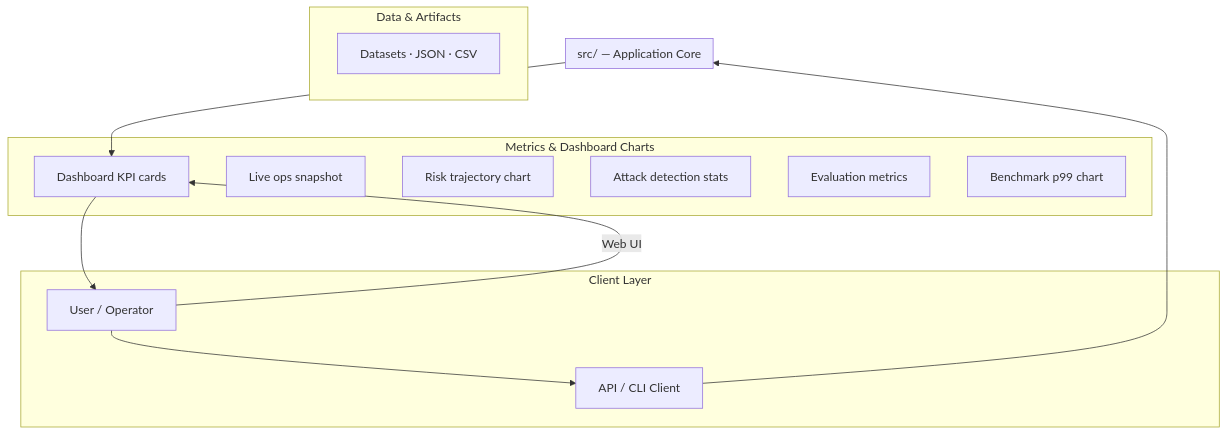
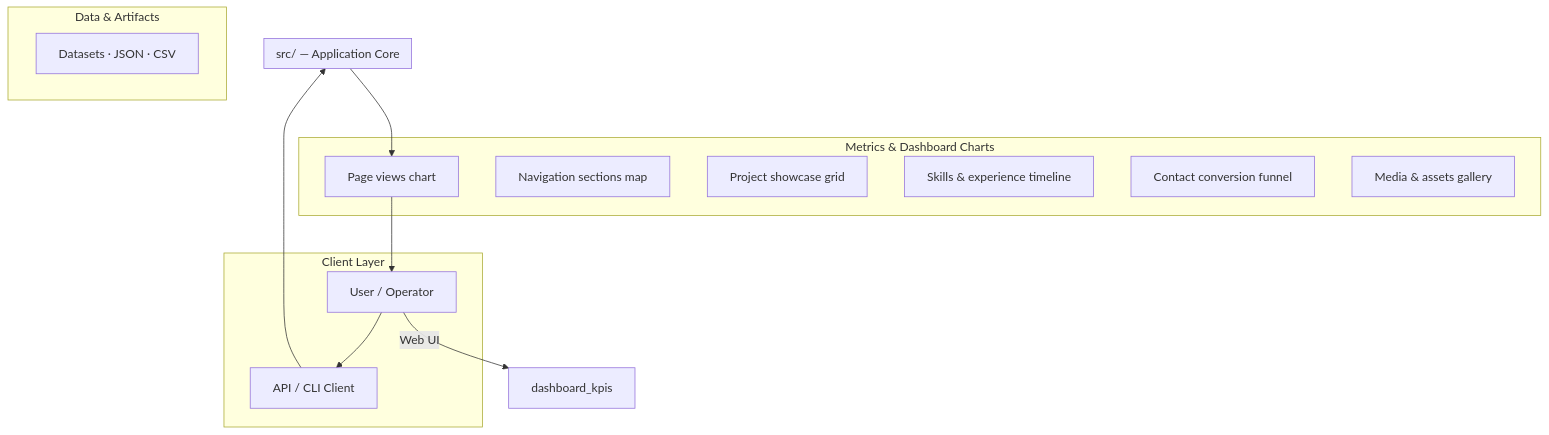
The first of 4 diagrams in README.md (Punyamittal/hanix-coin), drawn with Mermaid before and after one commit. The commit also changed other lines of this file, not shown here.

````diff
--- a/README.md
+++ b/README.md
@@ -128,29 +138,29 @@
 ```mermaid
 graph TB
     subgraph Client["Client Layer"]
         user["User / Operator"]
         api_client["API / CLI Client"]
     end
 
     subgraph Core["src/ — Application Core"]
     end
 
     subgraph Data["Data & Artifacts"]
         datasets["Datasets · JSON · CSV"]
     end
 
     subgraph Charts["Metrics & Dashboard Charts"]
-        dashboard_kpis["Dashboard KPI cards"]
-        ops_snapshot["Live ops snapshot"]
-        risk_trajectory["Risk trajectory chart"]
-        attack_stats["Attack detection stats"]
-        eval_metrics["Evaluation metrics"]
-        benchmark_p99["Benchmark p99 chart"]
+        page_views["Page views chart"]
+        nav_sections["Navigation sections map"]
+        project_showcase["Project showcase grid"]
+        skills_timeline["Skills & experience timeline"]
+        contact_funnel["Contact conversion funnel"]
+        media_gallery["Media & assets gallery"]
     end
 
     user --> api_client
     api_client --> Core
     user -->|Web UI| dashboard_kpis
-    Core --> dashboard_kpis
-    dashboard_kpis --> user
+    Core --> page_views
+    page_views --> user
 ```
````
